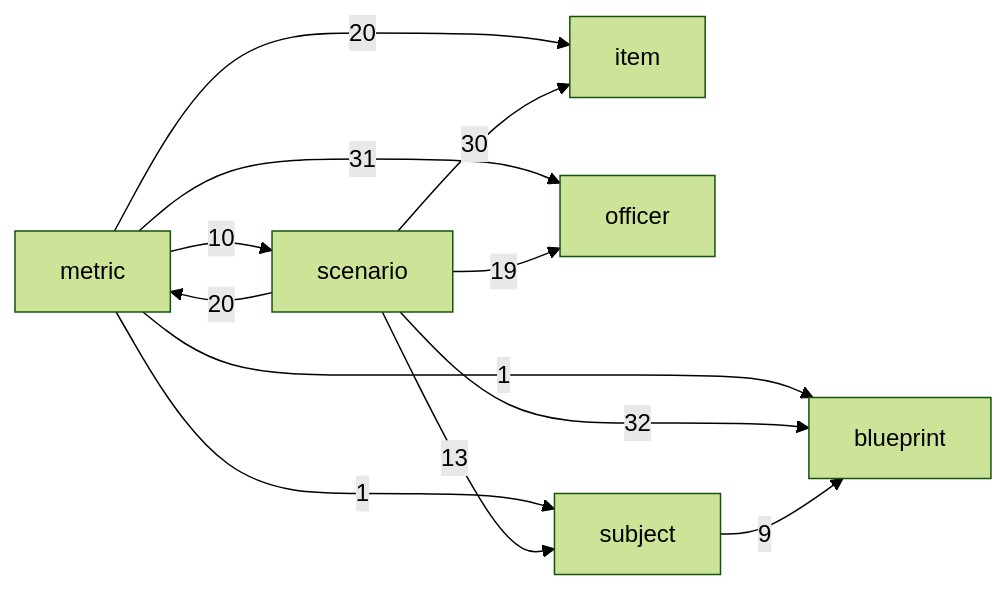
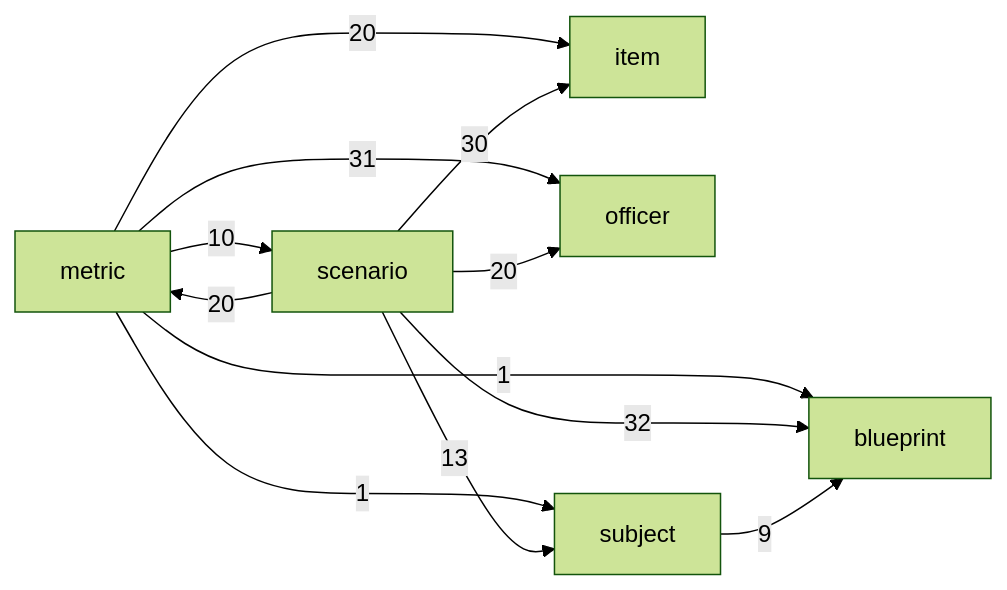
One commit to geraldmaron/tactically-idle changed the diagram in docs/architecture.md. Above: the diagram before and after it, drawn with Mermaid (forest theme). The commit also changed other lines of this file and 8 other files, not shown here.

````diff
--- a/docs/architecture.md
+++ b/docs/architecture.md
@@ -40,14 +40,14 @@
 ```mermaid
 flowchart LR
   metric -->|1| blueprint
   metric -->|20| item
   metric -->|31| officer
   metric -->|10| scenario
   metric -->|1| subject
   scenario -->|32| blueprint
   scenario -->|30| item
   scenario -->|20| metric
-  scenario -->|19| officer
+  scenario -->|20| officer
   scenario -->|13| subject
   subject -->|9| blueprint
 ```
````
